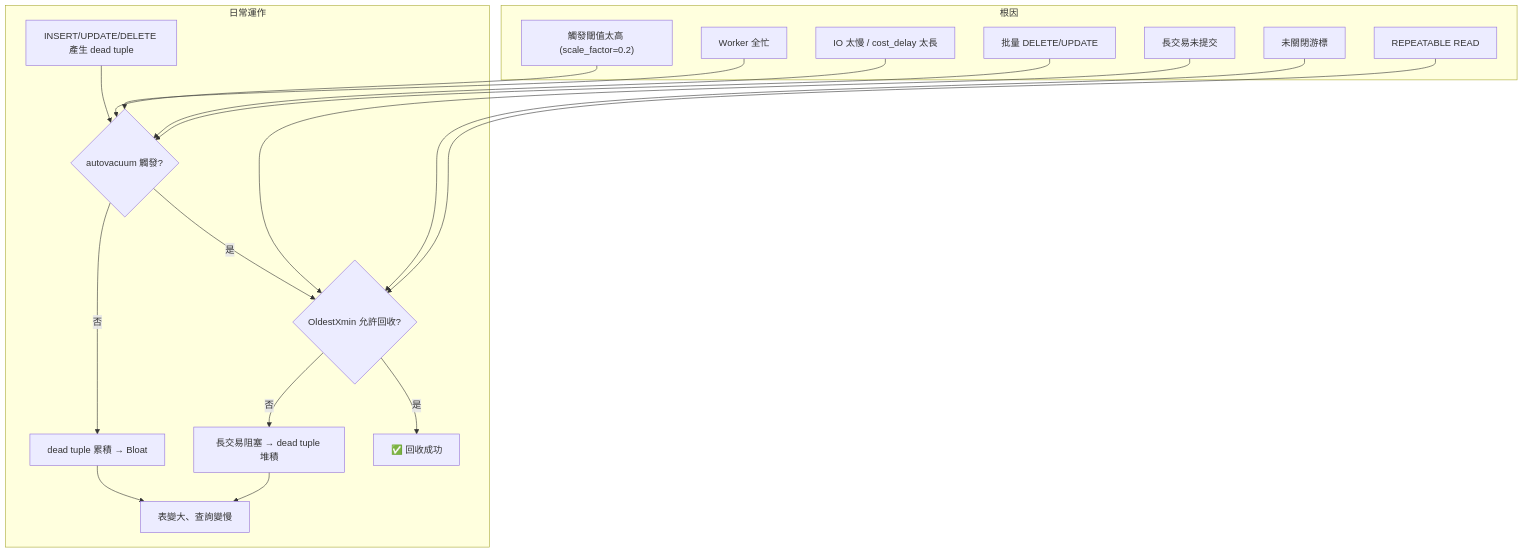
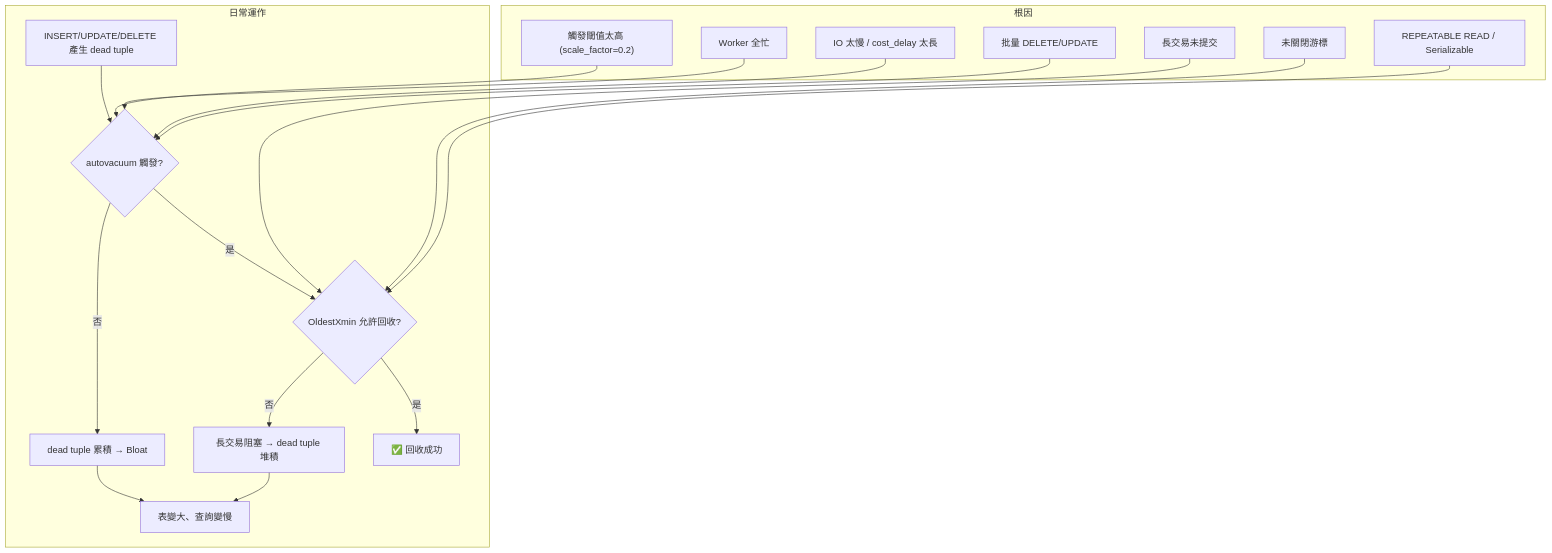
The third of 12 diagrams in vacuum/PostgreSQL_Vacuum.md (henry-tpwong/postgresql_note), drawn with Mermaid before and after one commit. The commit also changed other lines of this file and 2 other files, not shown here.

````diff
--- a/vacuum/PostgreSQL_Vacuum.md
+++ b/vacuum/PostgreSQL_Vacuum.md
@@ -230,21 +396,21 @@
 ```mermaid
 flowchart TD
     subgraph 日常運作
         A["INSERT/UPDATE/DELETE 產生 dead tuple"] --> B{"autovacuum 觸發?"}
         B -->|否| C["dead tuple 累積 → Bloat"]
         B -->|是| D{"OldestXmin 允許回收?"}
         D -->|否| E["長交易阻塞 → dead tuple 堆積"]
         D -->|是| F["✅ 回收成功"]
         C --> G["表變大、查詢變慢"]
         E --> G
     end
     subgraph 根因
         H["觸發閾值太高 (scale_factor=0.2)"] --> B
         I["Worker 全忙"] --> B
         J["IO 太慢 / cost_delay 太長"] --> B
         K["長交易未提交"] --> D
         L["未關閉游標"] --> D
-        M["REPEATABLE READ"] --> D
+        M["REPEATABLE READ / Serializable"] --> D
         N["批量 DELETE/UPDATE"] --> B
     end
 ```
````
